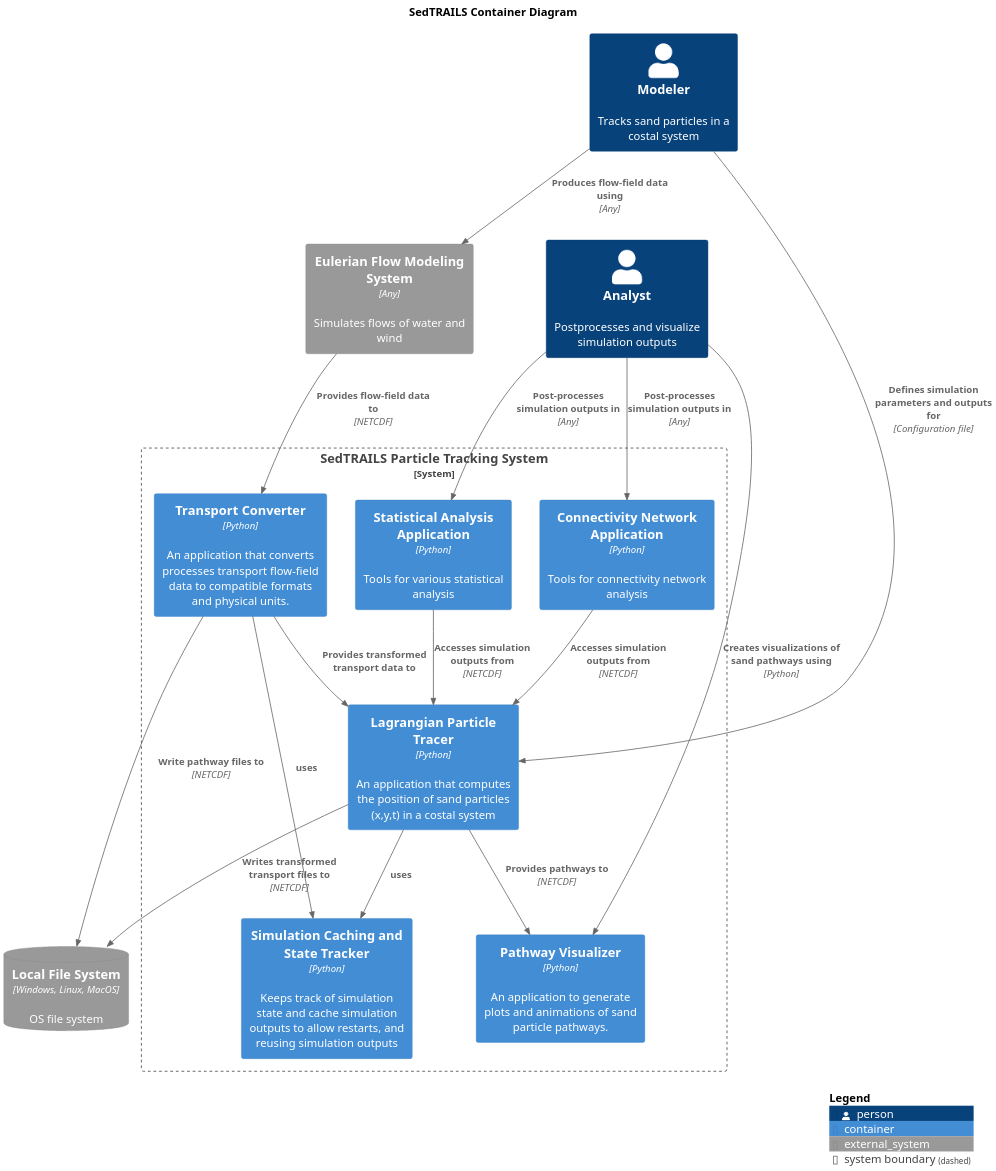
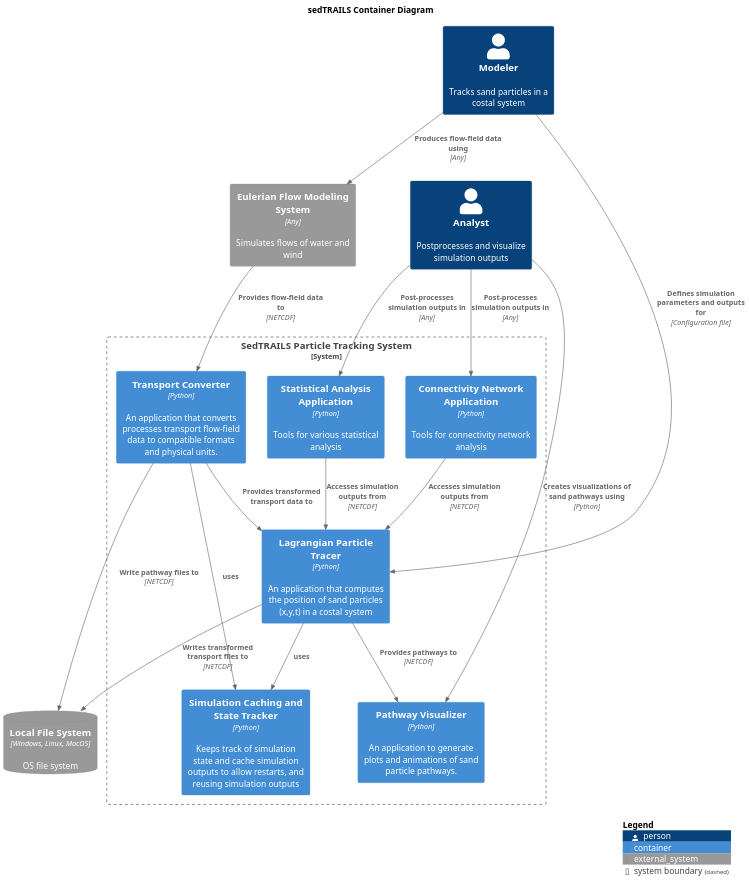
Before and after one commit to sgpearson17/sedtrails-sgp: the diagram in diagrams/containers.puml, drawn with PlantUML. The commit also changed 3 other files, not shown here.

```diff
--- a/diagrams/containers.puml
+++ b/diagrams/containers.puml
@@ -1,44 +1,44 @@
 @startuml SedtrailContainer
 !include ./c4/C4_Container.puml
 
-title SedTRAILS Container Diagram
-scale 2
+title sedTRAILS Container Diagram
+scale 1.5
 
 Person(modeler, "Modeler", "Tracks sand particles in a costal system")
 Person(analyst, "Analyst", "Postprocesses and visualize simulation outputs")
 
 System_Boundary(sedtrailsSystem, "SedTRAILS Particle Tracking System"){ 
     Container(sedtrailsTracer, "Lagrangian Particle Tracer", "Python", "An application that computes the position of sand particles (x,y,t) in a costal system")
     Container(transportConverter, "Transport Converter", "Python", "An application that converts processes transport flow-field data to compatible formats and physical units.")
     Container(pathwayVisualizer, "Pathway Visualizer", "Python", "An application to generate plots and animations of sand particle pathways.")
     Container(cache, "Simulation Caching and State Tracker", "Python", "Keeps track of simulation state and cache simulation outputs to allow restarts, and reusing simulation outputs")
 
     Container(connectivityNetworkSys, "Connectivity Network Application", "Python", "Tools for connectivity network analysis")
     Container(statisticsSys, "Statistical Analysis Application", "Python", "Tools for various statistical analysis")
     
     Rel(transportConverter, sedtrailsTracer, "Provides transformed transport data to")
     Rel(sedtrailsTracer, pathwayVisualizer, "Provides pathways to", "NETCDF")
     Rel(sedtrailsTracer, cache,  "uses")
     Rel(transportConverter, cache,  "uses")
 }
 
 System_Ext(flowSystem, "Eulerian Flow Modeling System", "Simulates flows of water and wind", $type="Any")
 
 
 SystemDb_Ext(fileSystem, "Local File System", "OS file system", $type="Windows, Linux, MacOS")
 Rel(sedtrailsTracer, fileSystem, "Writes transformed transport files to", "NETCDF")
 Rel(transportConverter, fileSystem, "Write pathway files to", "NETCDF")
 
 Rel(modeler, sedtrailsTracer, "Defines simulation parameters and outputs for", "Configuration file")
 Rel(connectivityNetworkSys, sedtrailsTracer, "Accesses simulation outputs from", "NETCDF")
 Rel(statisticsSys, sedtrailsTracer, "Accesses simulation outputs from", "NETCDF")
 Rel(analyst, pathwayVisualizer, "Creates visualizations of sand pathways using", "Python")
 Rel(analyst, connectivityNetworkSys, "Post-processes simulation outputs in", "Any")
 Rel(analyst, statisticsSys, "Post-processes simulation outputs in", "Any")
 
 Rel(modeler, flowSystem, "Produces flow-field data using", "Any")
 Rel(flowSystem, transportConverter, "Provides flow-field data to ", "NETCDF")
 
 
 SHOW_LEGEND()
 @enduml
```
